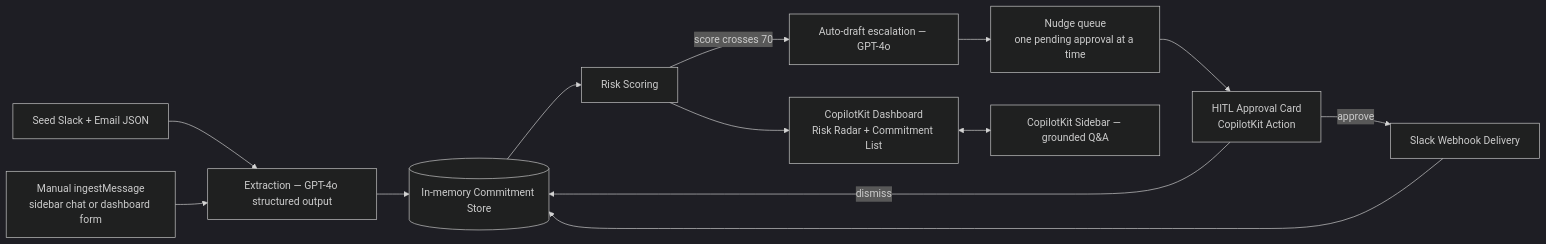
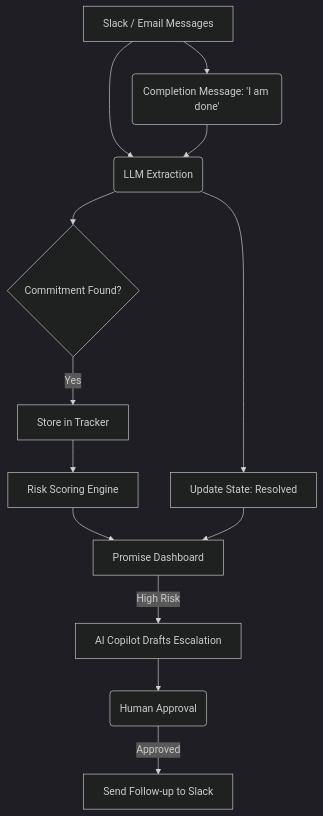
Before and after one commit to maaaazin/Promise: the diagram in README.md, drawn with Mermaid (dark theme). The commit also changed other lines of this file, not shown here.

````diff
--- a/README.md
+++ b/README.md
@@ -32,15 +23,17 @@
 ```mermaid
-flowchart LR
-    A[Seed Slack + Email JSON] --> B[Extraction — GPT-4o structured output]
-    M[Manual ingestMessage<br/>sidebar chat or dashboard form] --> B
-    B --> C[(In-memory Commitment Store)]
-    C --> D[Risk Scoring]
-    D --> E[CopilotKit Dashboard<br/>Risk Radar + Commitment List]
-    D -- score crosses 70 --> F[Auto-draft escalation — GPT-4o]
-    F --> N[Nudge queue<br/>one pending approval at a time]
-    N --> G[HITL Approval Card<br/>CopilotKit Action]
-    G -- approve --> H[Slack Webhook Delivery]
-    G -- dismiss --> C
-    H --> C
-    E <--> I[CopilotKit Sidebar — grounded Q&A]
+graph TD;
+    A[Slack / Email Messages] --> B(LLM Extraction)
+    B --> C{Commitment Found?}
+    C -- Yes --> D[Store in Tracker]
+    D --> E[Risk Scoring Engine]
+    E --> F[Promise Dashboard]
+    
+    F -- High Risk --> G[AI Copilot Drafts Escalation]
+    G --> H(Human Approval)
+    H -- Approved --> I[Send Follow-up to Slack]
+    
+    A --> J(Completion Message: 'I am done')
+    J --> B
+    B --> K[Update State: Resolved]
+    K --> F
 ```
````
